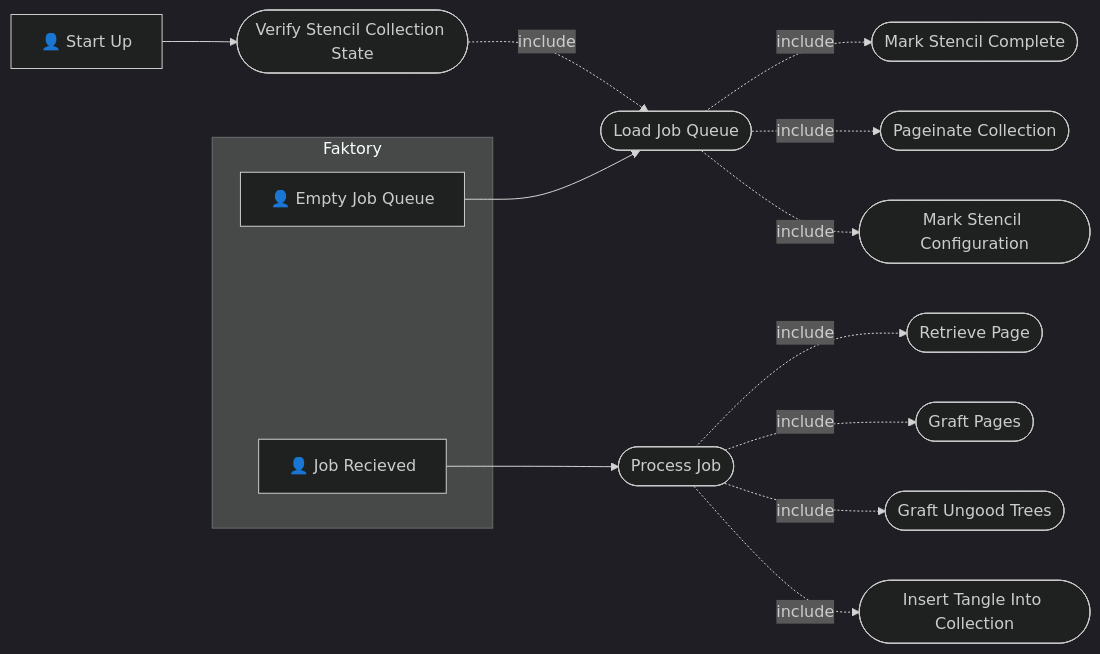
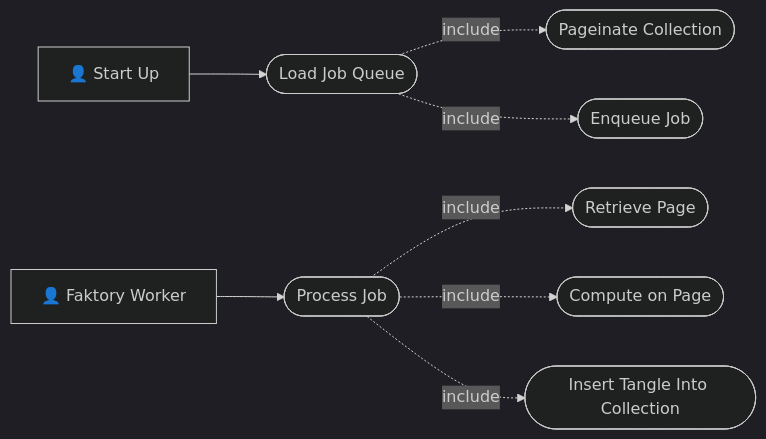
Before and after one commit to Uiowa-Applied-Topology/tanglenomicon_compute_pure_vignette: the first of 2 diagrams in docs/README.md, drawn with Mermaid (dark theme). The commit also changed other lines of this file and 16 other files, not shown here.

````diff
--- a/docs/README.md
+++ b/docs/README.md
@@ -244,30 +169,20 @@
 ```mermaid
 
 flowchart LR
   aS["👤 Start Up"]
-  subgraph Faktory
-    aQ["👤 Empty Job Queue"]
-    aJ["👤 Job Recieved"]
-  end
-  SUR(["Verify Stencil Collection State"])
+  aJ["👤 Faktory Worker"]
   LH(["Load Job Queue"])
-  MS(["Mark Stencil Complete"])
   PG(["Pageinate Collection"])
-  MC(["Mark Stencil Configuration"])
+  MC(["Enqueue Job"])
   RP(["Retrieve Page"])
-  GP(["Graft Pages"])
-  GZ(["Graft Ungood Trees"])
+  GP(["Compute on Page"])
   PJ(["Process Job"])
   UC(["Insert Tangle Into Collection"])
-    aQ --> LH
-    LH -. include .-> MS
     LH -. include .-> PG
     LH -. include .-> MC
-    aS --> SUR
-    SUR -. include .-> LH
+    aS --> LH
     aJ --> PJ
     PJ -. include .->  RP
     PJ -. include .->  GP
-    PJ -. include .->  GZ
     PJ -. include .->  UC
 ```
````
